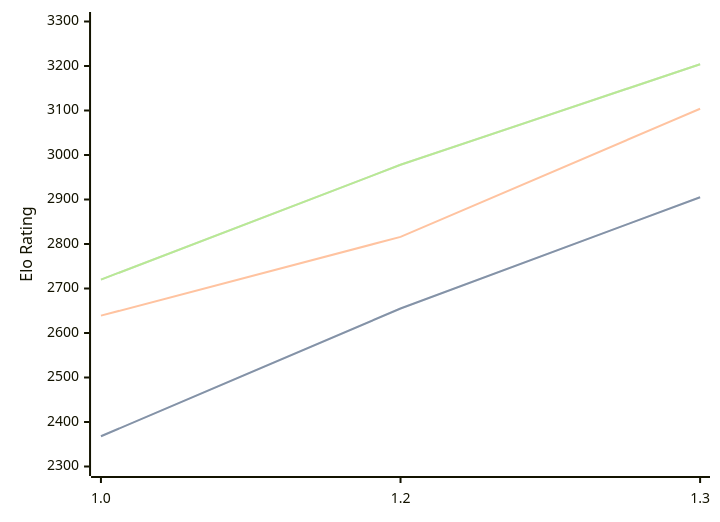
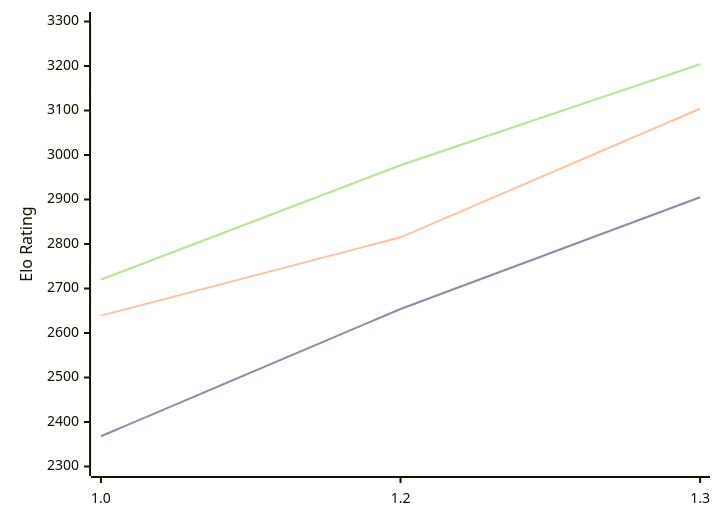
The diagram in engines/Chessnix.md (computer-chess-index/cci), drawn with Mermaid before and after one commit. The commit also changed other lines of this file, not shown here.

Commit message:
Update CCI Ratings (ELO VLTC) - 2026-04-28

````diff
--- a/engines/Chessnix.md
+++ b/engines/Chessnix.md
@@ -35,11 +35,11 @@
 ```mermaid
 %%{init: {"theme":"base","themeVariables":{"seriesColors:['#a3a3a3','#222221','#faa371']}}}%%
 xychart-beta
   x-axis ["1.0", "1.2", "1.3"]
   y-axis "Elo Rating" 2300 --> 3300
-  line "STC (8.0+0.08s)" [2368, 2655, 2905]
-  line "STC (8.0+0.08s)" [2368, 2655, 2905]
-  line "LTC (60.0+0.60s)" [2639, 2816, 3104]
-  line "VLTC (2m24s+1.12s)" [2720, 2978, 3204]
-  line "VLTC (2m24s+1.12s)" [2720, 2978, 3204]
+  line "STC (8.0+0.08s)" [2368, 2654, 2905]
+  line "STC (8.0+0.08s)" [2368, 2654, 2905]
+  line "LTC (60.0+0.60s)" [2639, 2815, 3104]
+  line "VLTC (2m24s+1.12s)" [2720, 2977, 3204]
+  line "VLTC (2m24s+1.12s)" [2720, 2977, 3204]
 ```
````
